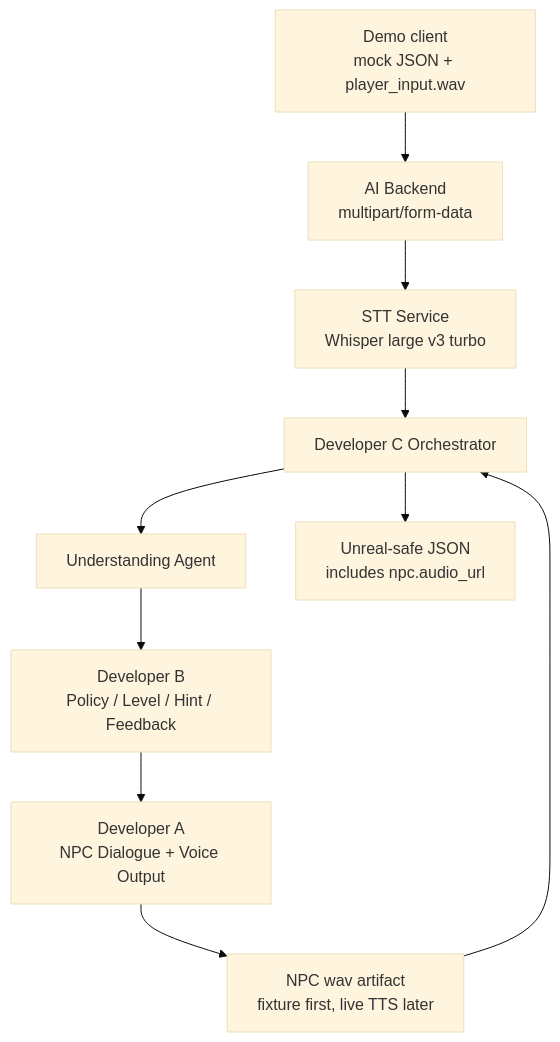
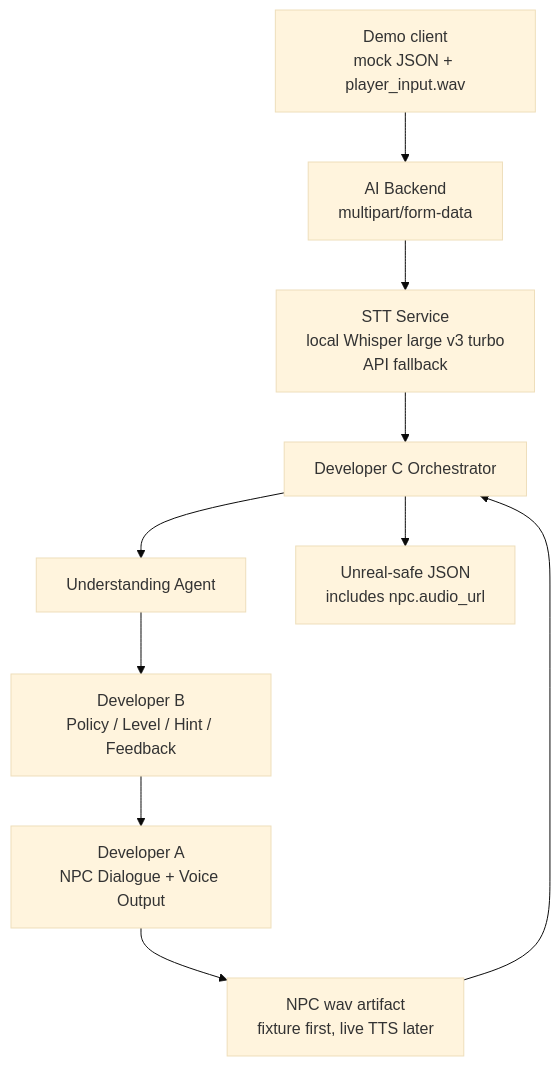
Before and after one commit to PotenUP3-04-Synapse3/pj05_Murphy: the second of 2 diagrams in docs/preprototype_status_demo_plan.md, drawn with Mermaid (base theme). The commit also changed other lines of this file and 6 other files, not shown here.

Commit message:
Implement local-first STT fallback metadata

````diff
--- a/docs/preprototype_status_demo_plan.md
+++ b/docs/preprototype_status_demo_plan.md
@@ -78,12 +80,12 @@
 ```mermaid
 flowchart TD
     CURL["Demo client<br/>mock JSON + player_input.wav"] --> API["AI Backend<br/>multipart/form-data"]
-    API --> STT["STT Service<br/>Whisper large v3 turbo"]
+    API --> STT["STT Service<br/>local Whisper large v3 turbo<br/>API fallback"]
     STT --> C["Developer C Orchestrator"]
     C --> U["Understanding Agent"]
     U --> B["Developer B<br/>Policy / Level / Hint / Feedback"]
     B --> A["Developer A<br/>NPC Dialogue + Voice Output"]
     A --> VOICE["NPC wav artifact<br/>fixture first, live TTS later"]
     VOICE --> C
     C --> RESP["Unreal-safe JSON<br/>includes npc.audio_url"]
 ```
````
